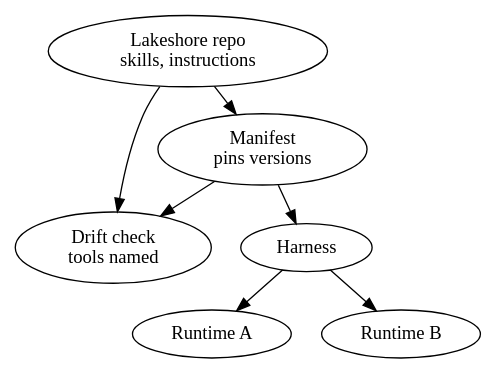
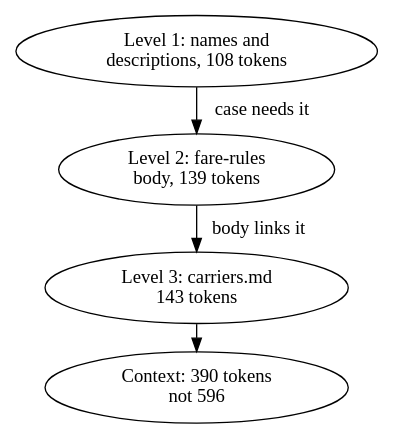
Before and after one commit to rajesh1008/system-design-book: the diagram in figures/src/ch30/fig-30-2.dot, drawn with Graphviz. The commit also changed 281 other files, not shown here.

```diff
--- a/figures/src/ch30/fig-30-2.dot
+++ b/figures/src/ch30/fig-30-2.dot
@@ -1,22 +1,16 @@
-// Figure 30.2  Skills and instruction files as portable capability
-// Reading order: top to bottom. Skills and the instruction file live
-// in Lakeshore's repository; the manifest pins their versions; the
-// harness loads them on whichever runtime runs it. The drift check
-// compares every tool a skill names with the manifest's tools.
-// From runtimes.skills.
+// Figure 30.2  Progressive disclosure of skills
+// Reading order: top to bottom. Every skill's name and description
+// are in context from the start; a body loads when the case needs
+// the skill; a linked file loads when the body points to it. Token
+// counts are estimates from runtimes.skills for one fare-rules case.
 digraph hld {
 #include "book.gv"
   rankdir=TB; nodesep=0.3; ranksep=0.28;
-  repo [label="Lakeshore repo\nskills, instructions", class="knowledge store"];
-  man [label="Manifest\npins versions", class="ops"];
-  drift [label="Drift check\ntools named", class="policy gate"];
-  h [label="Harness", class="model"];
-  a [label="Runtime A", class="ops external"];
-  b [label="Runtime B", class="ops external"];
-  repo -> man [class="data"];
-  repo -> drift [class="control"];
-  man -> drift [class="control"];
-  man -> h [class="data"];
-  h -> a [class="emphasis"];
-  h -> b [class="emphasis"];
+  l1 [label="Level 1: names and\ndescriptions, 108 tokens", class="knowledge"];
+  l2 [label="Level 2: fare-rules\nbody, 139 tokens", class="knowledge"];
+  l3 [label="Level 3: carriers.md\n143 tokens", class="knowledge store"];
+  ctx [label="Context: 390 tokens\nnot 596", class="model"];
+  l1 -> l2 [class="data", label=" case needs it"];
+  l2 -> l3 [class="data", label=" body links it"];
+  l3 -> ctx [class="emphasis"];
 }
```
